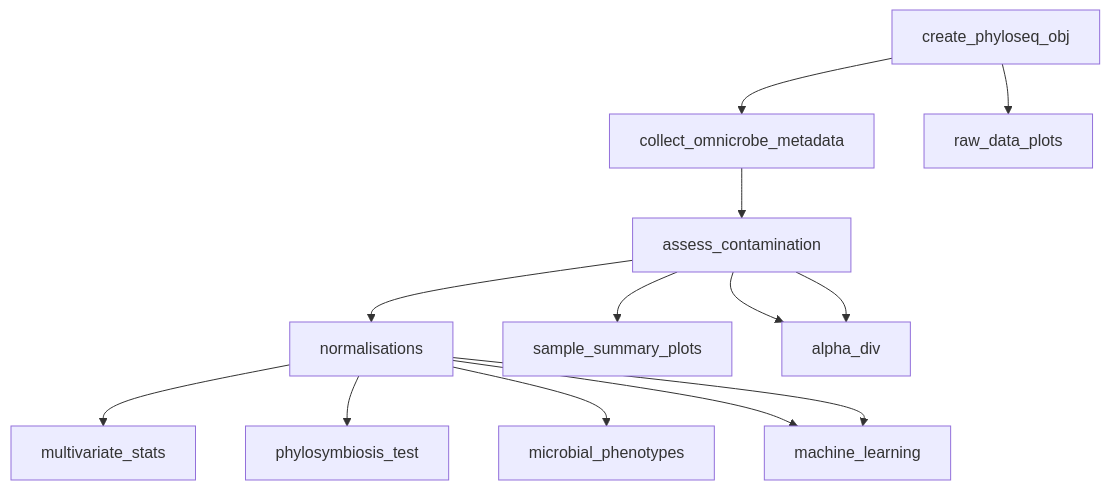
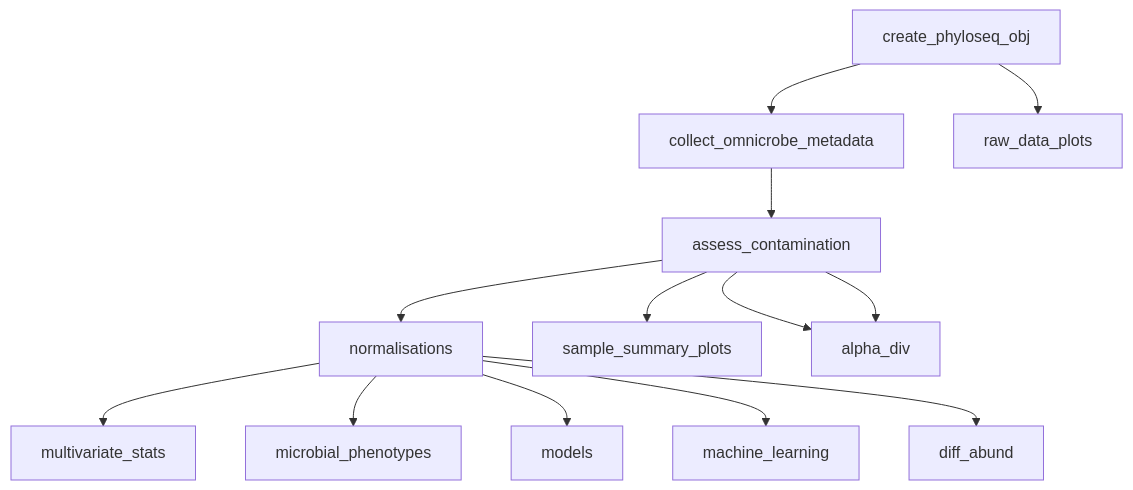
Before and after one commit to markella-moraitou/mammal_oral_microbiome_stats: the first of 3 diagrams in README.md, drawn with Mermaid. The commit also changed other lines of this file, not shown here.

````diff
--- a/README.md
+++ b/README.md
@@ -2,15 +2,15 @@
 ```mermaid
 flowchart TD;
     A[create_phyloseq_obj]-->B[collect_omnicrobe_metadata];
     A-->C[raw_data_plots];
     B-->D[assess_contamination];
     D-->E[normalisations];
     D-->F[sample_summary_plots];
     D-->G[core_microbiomes];
     D-->G[alpha_div];
     E-->H[multivariate_stats];
-    E-->J[phylosymbiosis_test];
-    E-->K[microbial_phenotypes];
-    E-->L[models];
-    E-->L[machine_learning];
+    E-->I[microbial_phenotypes];
+    E-->J[models];
+    E-->K[machine_learning];
+    E-->L[diff_abund];
 ```
````
